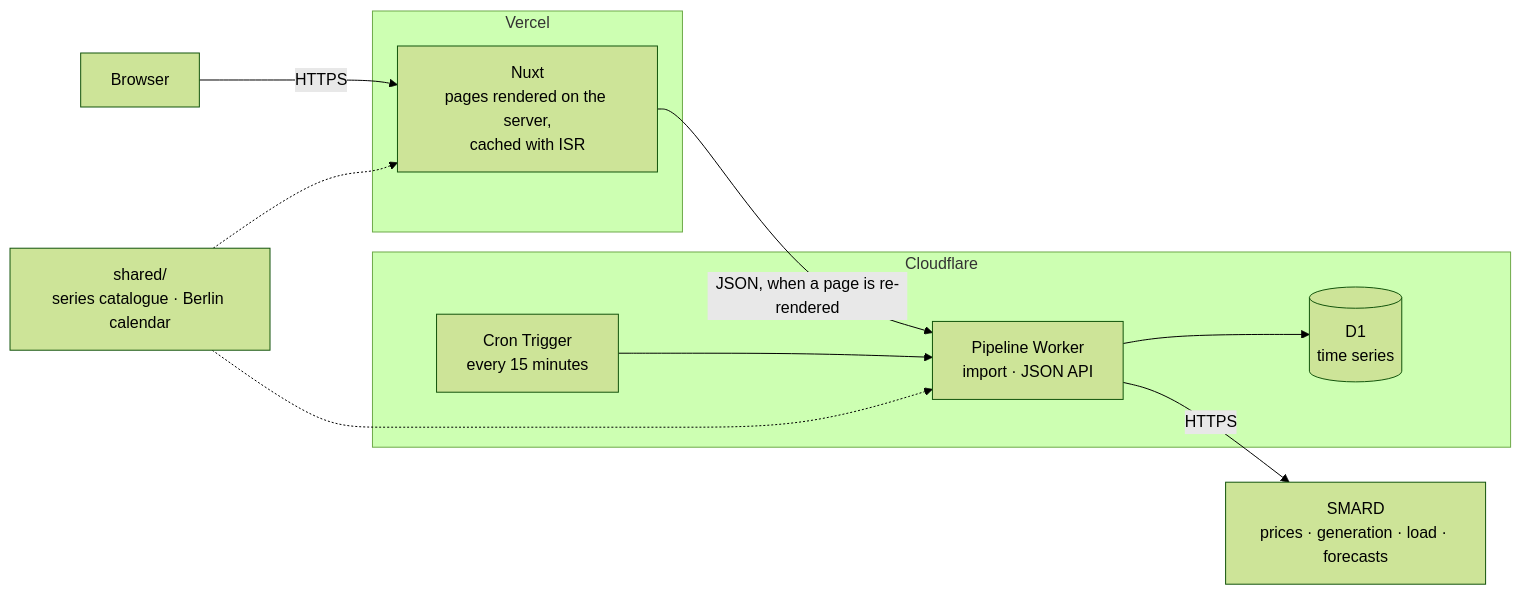
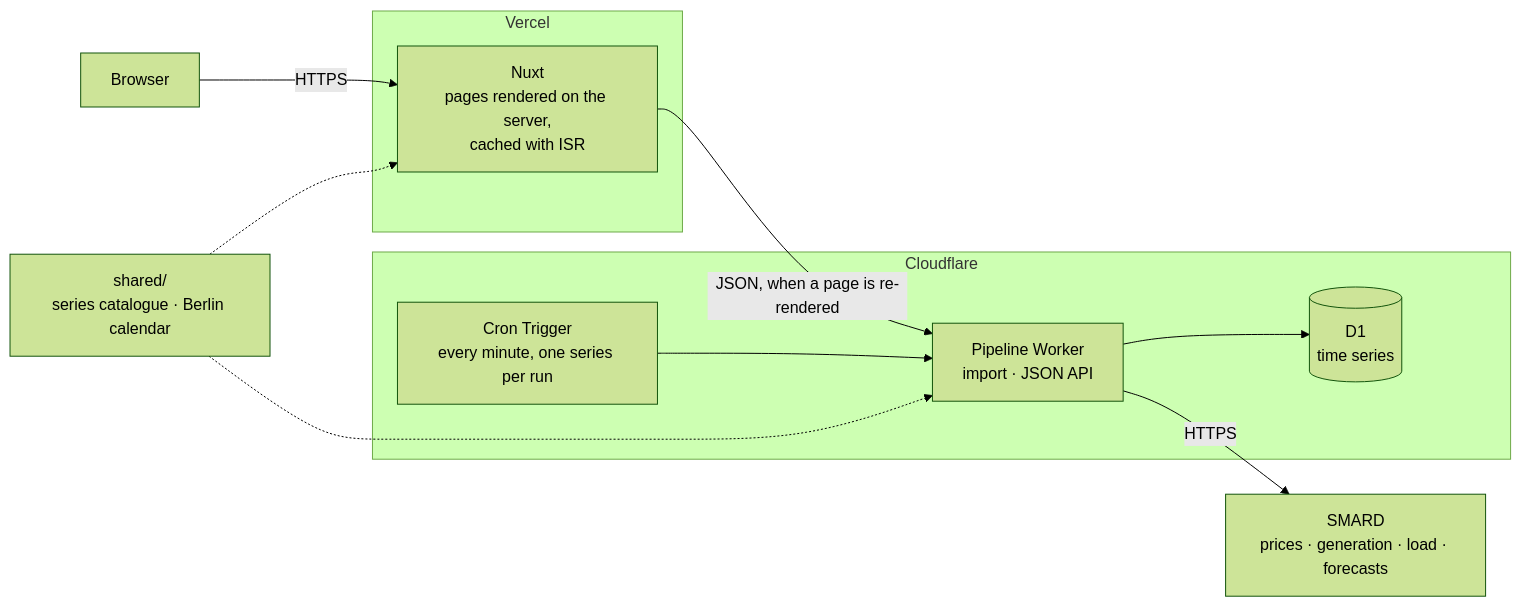
The diagram in README.md (Grigormrd/stromfenster), drawn with Mermaid (forest theme) before and after one commit. The commit also changed other lines of this file and 16 other files, not shown here.

First line of the commit message:
perf: import one series per run, every minute (#6)

````diff
--- a/README.md
+++ b/README.md
@@ -31,16 +31,16 @@
 ```mermaid
 flowchart LR
   SMARD["SMARD<br/>prices · generation · load · forecasts"]
   subgraph Cloudflare
-    Cron["Cron Trigger<br/>every 15 minutes"] --> Worker["Pipeline Worker<br/>import · JSON API"]
+    Cron["Cron Trigger<br/>every minute, one series per run"] --> Worker["Pipeline Worker<br/>import · JSON API"]
     Worker --> DB[("D1<br/>time series")]
   end
   subgraph Vercel
     Web["Nuxt<br/>pages rendered on the server,<br/>cached with ISR"]
   end
   Browser -- "HTTPS" --> Web
   Web -- "JSON, when a page is re-rendered" --> Worker
   Worker -- "HTTPS" --> SMARD
   Shared["shared/<br/>series catalogue · Berlin calendar"] -.-> Web
   Shared -.-> Worker
 ```
````
